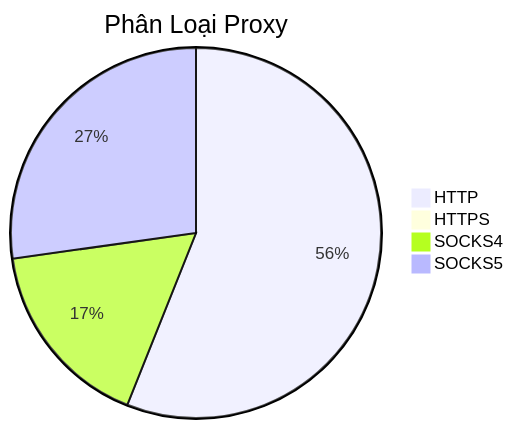
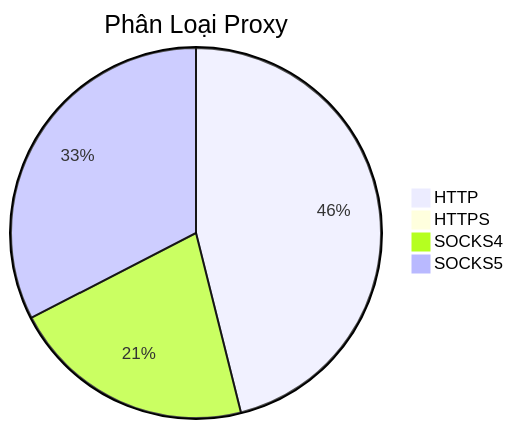
The diagram in README.md (Ciara-12/PROXY-free), drawn with Mermaid before and after one commit. The commit also changed other lines of this file and 4 other files, not shown here.

````diff
--- a/README.md
+++ b/README.md
@@ -26,7 +26,7 @@
 ```mermaid
 pie title Phân Loại Proxy
-    "HTTP" : 690
-    "HTTPS" : 4
-    "SOCKS4" : 206
-    "SOCKS5" : 335
+    "HTTP" : 484
+    "HTTPS" : 2
+    "SOCKS4" : 224
+    "SOCKS5" : 342
 ```
````
